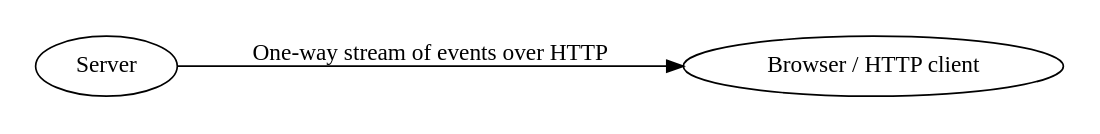
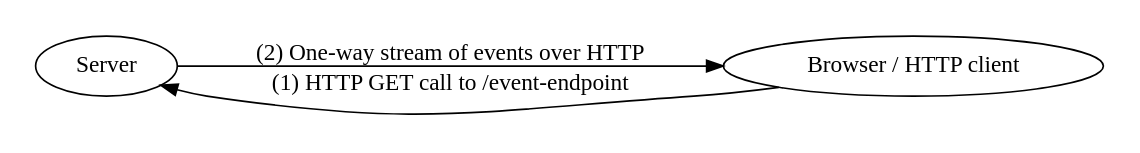
The diagram in docs/book/src/sse.md (plabayo/rama), drawn with Graphviz before and after one commit. The commit also changed other lines of this file and 7 other files, not shown here.

````diff
--- a/docs/book/src/sse.md
+++ b/docs/book/src/sse.md
@@ -20,11 +23,12 @@
 ```dot process
 digraph {
     pad=0.2;
     rankdir=LR;
 
     server [label="Server"];
     client [label="Browser / HTTP client"];
 
-    server -> client [label="One-way stream of events over HTTP"];
+    client -> server [label="(1) HTTP GET call to /event-endpoint"];
+    server -> client [label="(2) One-way stream of events over HTTP"];
 }
 ```
````
